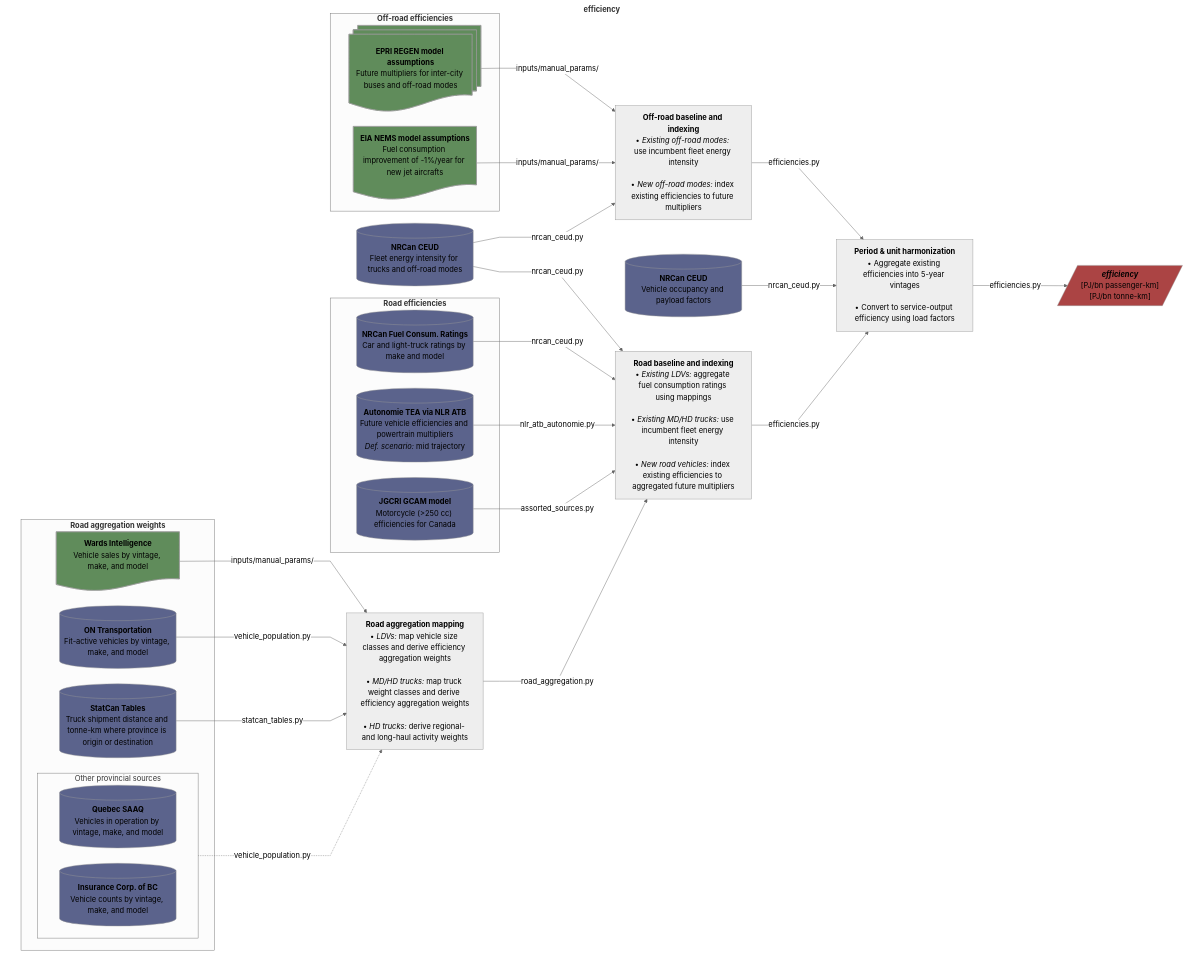
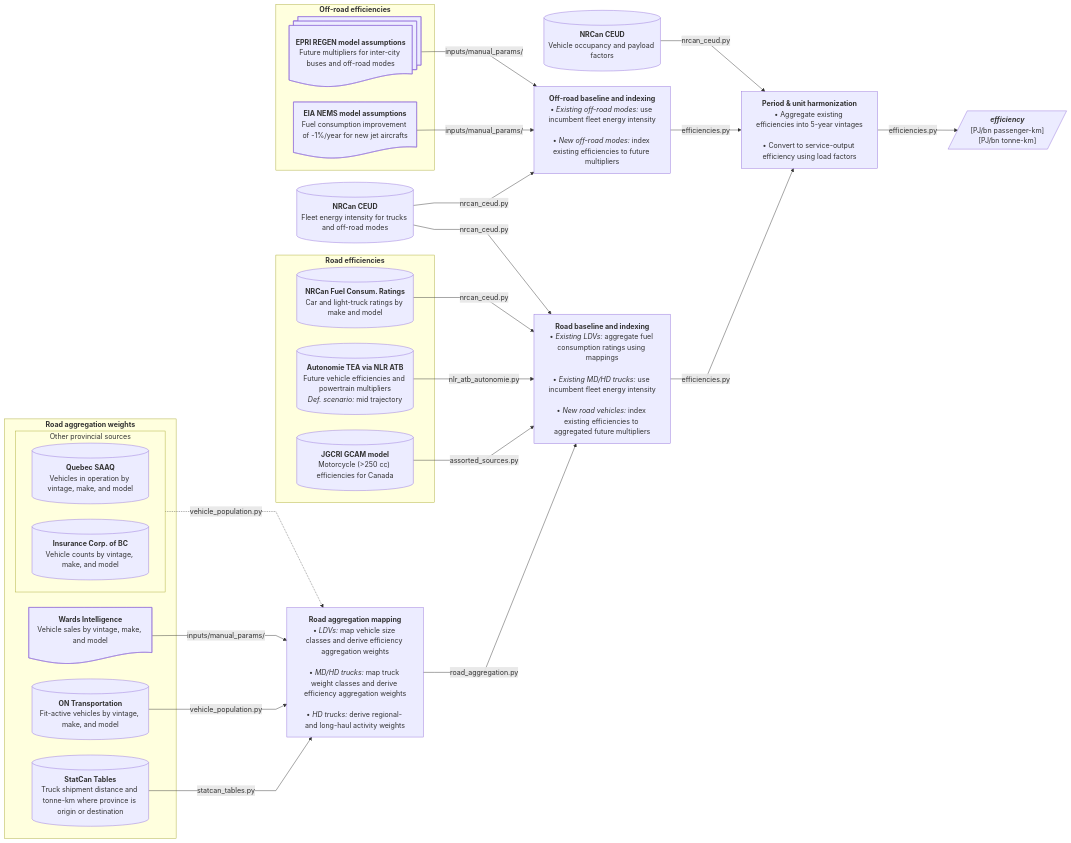
One commit to CANOE-main/canoe-transportation changed the seventh of 9 diagrams in README.md. Above: the diagram before and after it, drawn with Mermaid. The commit also changed other lines of this file, not shown here.

Commit message:
Finally fixed flowchart color rendering. - removed any custom color rules and left themes by default. This fixes color rendering mismatches.

```diff
--- a/README.md
+++ b/README.md
@@ -491,9 +411,6 @@
 ---
 config:
   layout: dagre
-  theme: neutral
-  themeVariables:
-    fontSize: 17px
   flowchart:
     nodeSpacing: 35
     rankSpacing: 50
@@ -501,14 +418,7 @@
     curve: linear
 ---
 flowchart LR
-  subgraph canvas["`**efficiency**`"]
-  direction LR
   %% --- Sources ---
-  subgraph road["`**Road efficiencies**`"]
-	  s1[("`**NRCan Fuel Consum. Ratings**<br>Car and light-truck ratings by make and model`")]
-	  s2[("`**Autonomie TEA via NLR ATB**<br>Future vehicle efficiencies and powertrain multipliers<br>*Def. scenario:* mid trajectory`")]
-	  s2_2[("`**JGCRI GCAM model**<br>Motorcycle (>250 cc) efficiencies for Canada`")]
-  end
   subgraph agg["`**Road aggregation weights**`"]
 	  s3@{shape: doc, label: "**Wards Intelligence**<br>Vehicle sales by vintage, make, and model"}
 	  s4[("`**ON Transportation**<br>Fit-active vehicles by vintage, make, and model`")]
@@ -518,6 +428,11 @@
 	    s5[("`**Quebec SAAQ**<br>Vehicles in operation by vintage, make, and model`")]
 	    s6[("`**Insurance Corp. of BC**<br>Vehicle counts by vintage, make, and model`")]
 	  end
+  end
+  subgraph road["`**Road efficiencies**`"]
+	  s1[("`**NRCan Fuel Consum. Ratings**<br>Car and light-truck ratings by make and model`")]
+	  s2[("`**Autonomie TEA via NLR ATB**<br>Future vehicle efficiencies and powertrain multipliers<br>*Def. scenario:* mid trajectory`")]
+	  s2_2[("`**JGCRI GCAM model**<br>Motorcycle (>250 cc) efficiencies for Canada`")]
   end
   subgraph off["`**Off-road efficiencies**`"]
 	  s7@{shape: docs, label: "**EPRI REGEN model assumptions**<br>Future multipliers for inter-city buses and off-road modes"}
@@ -552,17 +467,6 @@
   p3 -- efficiencies.py --> p4
 
   p4 -- efficiencies.py --> o1[/"`***efficiency***<br>[PJ/bn passenger-km]<br>[PJ/bn tonne-km]`"/]
-  end
-
-  %% --- Styling ---
-  style canvas fill:#ffffff,stroke:#ffffff
-  classDef database fill:#5b638c
-  classDef doc fill:#608c5b
-  classDef output fill:#ab4444
-
-  class s0,s1,s2,s4,s5,s6,s9,s10,s2_2 database;
-  class s3,s7,s8 doc;
-  class o1 output;
 
   %% --- Hyperlinks ---
   click s6 "https://public.tableau.com/app/profile/icbc/viz/VehiclePopulationIntroPage/VehiclePopulationData"
```
